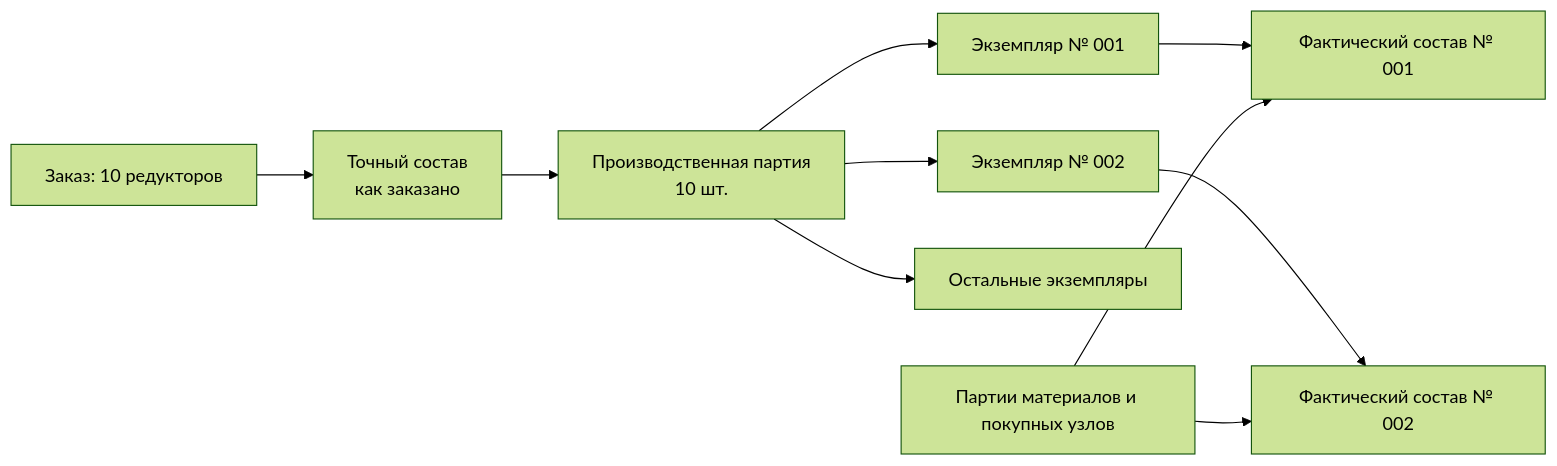
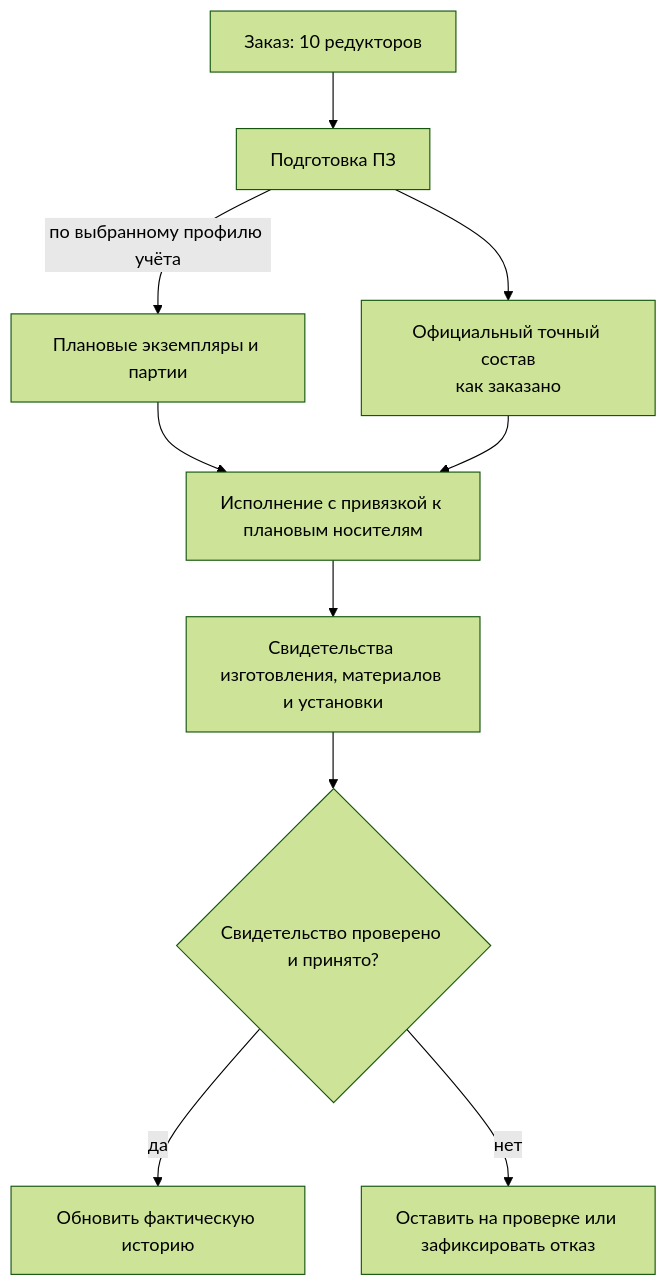
The first of 2 diagrams in docs/orders/09-units-lots-and-as-built.md (ZelAnton/Interlink-product-book), drawn with Mermaid (forest theme) before and after one commit. The commit also changed other lines of this file and 231 other files, not shown here.

````diff
--- a/docs/orders/09-units-lots-and-as-built.md
+++ b/docs/orders/09-units-lots-and-as-built.md
@@ -14,12 +16,12 @@
 ```mermaid
-flowchart LR
-    A["Заказ: 10 редукторов"] --> B["Точный состав<br/>как заказано"]
-    B --> C["Производственная партия<br/>10 шт."]
-    C --> D["Экземпляр № 001"]
-    C --> E["Экземпляр № 002"]
-    C --> F["Остальные экземпляры"]
-    D --> G["Фактический состав № 001"]
-    E --> H["Фактический состав № 002"]
-    I["Партии материалов и покупных узлов"] --> G
-    I --> H
+flowchart TD
+    A["Заказ: 10 редукторов"] --> B["Подготовка ПЗ"]
+    B -->|"по выбранному профилю учёта"| C["Плановые экземпляры и партии"]
+    B --> D["Официальный точный состав<br/>как заказано"]
+    C --> E["Исполнение с привязкой к плановым носителям"]
+    D --> E
+    E --> F["Свидетельства изготовления, материалов и установки"]
+    F --> G{"Свидетельство проверено и принято?"}
+    G -->|"да"| H["Обновить фактическую историю"]
+    G -->|"нет"| I["Оставить на проверке или зафиксировать отказ"]
 ```
````
